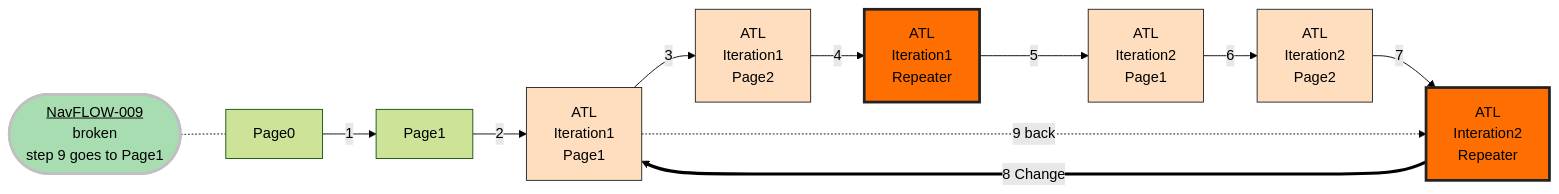
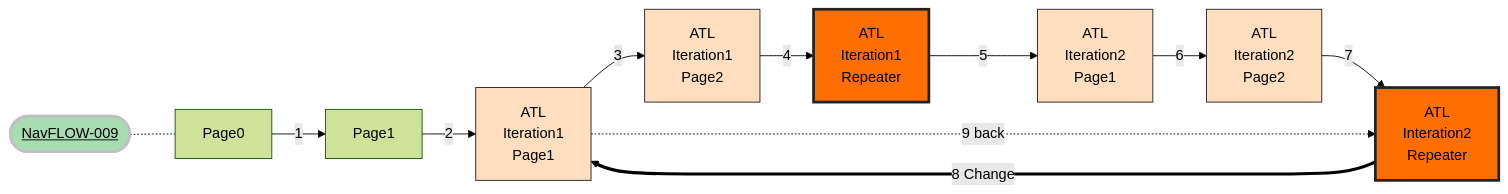
The ninth of 20 diagrams in Navigation.md (hmrc/gform-frontend), drawn with Mermaid before and after one commit. The commit also changed other lines of this file, not shown here.

````diff
--- a/Navigation.md
+++ b/Navigation.md
@@ -247,31 +247,31 @@
 ```mermaid
 %%{init: {'theme': 'forest', "flowchart" : { "curve" : "basis" } } }%%
 graph LR;
-    title([<u>NavFLOW-009</u><br>broken<br>step 9 goes to Page1])
+    title([<u>NavFLOW-009</u>])
     title -.- Page0
     Page0 --> |1| Page1
     Page1 --> |2| ATLPage1["ATL<br>Iteration1<br>Page1"]
 
     ATLPage1 --> |3| ATLPage2["ATL<br>Iteration1<br>Page2"]
     ATLPage2 --> |4| ATLRepeater["ATL<br>Iteration1<br>Repeater"]
     ATLRepeater --> |5| ATLPage12["ATL<br>Iteration2<br>Page1"]
 
     ATLPage12 --> |6| ATLPage22["ATL<br>Iteration2<br>Page2"]
     ATLPage22 --> |7| ATLRepeater2["ATL<br>Interation2<br>Repeater"]
     ATLRepeater2 ===> |8 Change| ATLPage1
     ATLPage1 -.9 back.-> ATLRepeater2
 
 
     classDef orange fill:#fedebe,stroke:#222,stroke-width:1px
     classDef orangeCYA fill:#ffaf42,stroke:#222,stroke-width:2px
     classDef orangeRepeater fill:#fe6e00,stroke:#222,stroke-width:3px
     class ATLRepeater orangeRepeater
     class ATLPage2 orange
     class ATLPage1 orange
     class ATLPage12 orange
     class ATLPage22 orange
     class ATLRepeater2 orangeRepeater
     classDef redTitle fill:#c21807 ,stroke:#c0c0c2,stroke-width:3px
     classDef greenTitle fill:#a8ddb1 ,stroke:#c0c0c2,stroke-width:3px
     class title greenTitle
 ```
````
